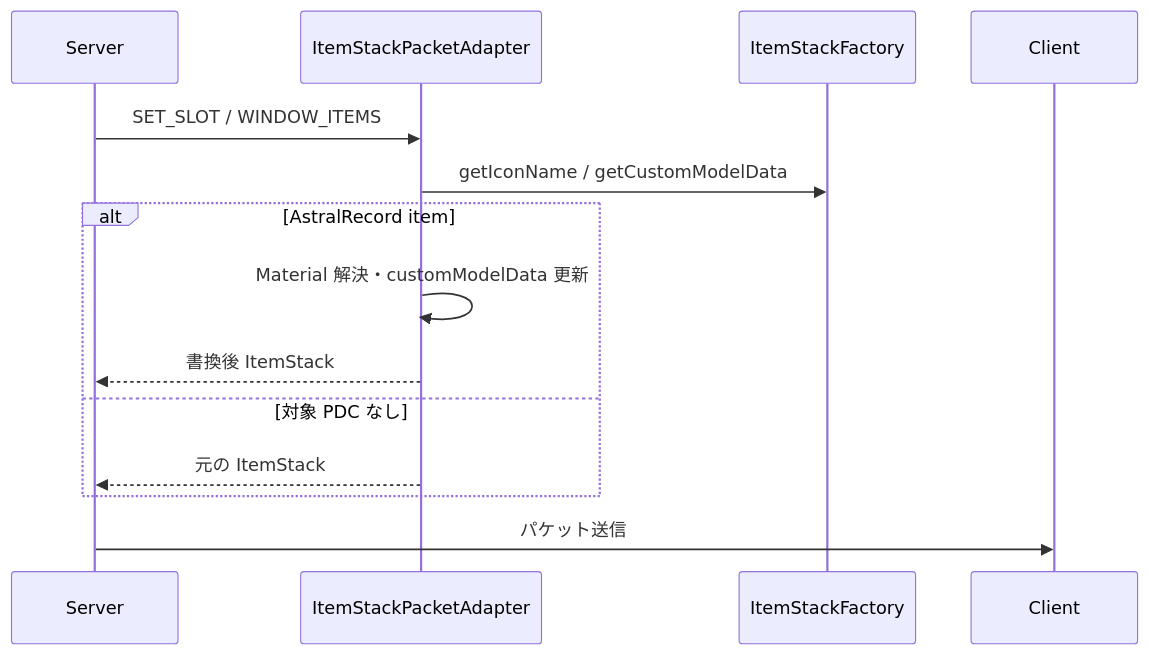
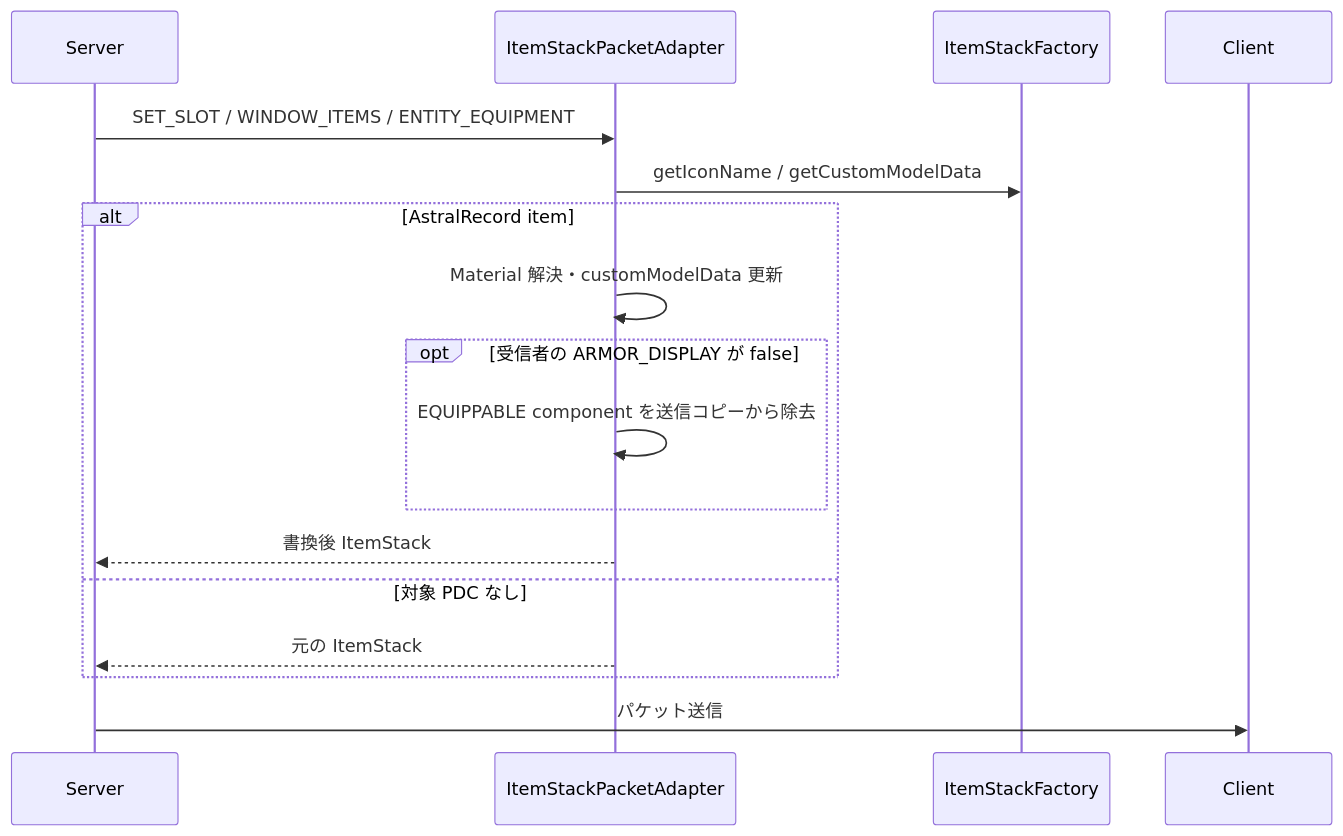
One commit to maaasu/AstralRecord-Workspace changed the third of 8 diagrams in 00_docs/10_Plugin設計書/feature/04-item/04_4-統合フロー.md. Above: the diagram before and after it, drawn with Mermaid. The commit also changed other lines of this file and 21 other files, not shown here.

````diff
--- a/00_docs/10_Plugin設計書/feature/04-item/04_4-統合フロー.md
+++ b/00_docs/10_Plugin設計書/feature/04-item/04_4-統合フロー.md
@@ -70,17 +70,20 @@
 ```mermaid
 sequenceDiagram
     participant S as Server
     participant A as ItemStackPacketAdapter
     participant F as ItemStackFactory
     participant C as Client
 
-    S->>A: SET_SLOT / WINDOW_ITEMS
+    S->>A: SET_SLOT / WINDOW_ITEMS / ENTITY_EQUIPMENT
     A->>F: getIconName / getCustomModelData
     alt AstralRecord item
         A->>A: Material 解決・customModelData 更新
+        opt 受信者の ARMOR_DISPLAY が false
+            A->>A: EQUIPPABLE component を送信コピーから除去
+        end
         A-->>S: 書換後 ItemStack
     else 対象 PDC なし
         A-->>S: 元の ItemStack
     end
     S->>C: パケット送信
 ```
````
